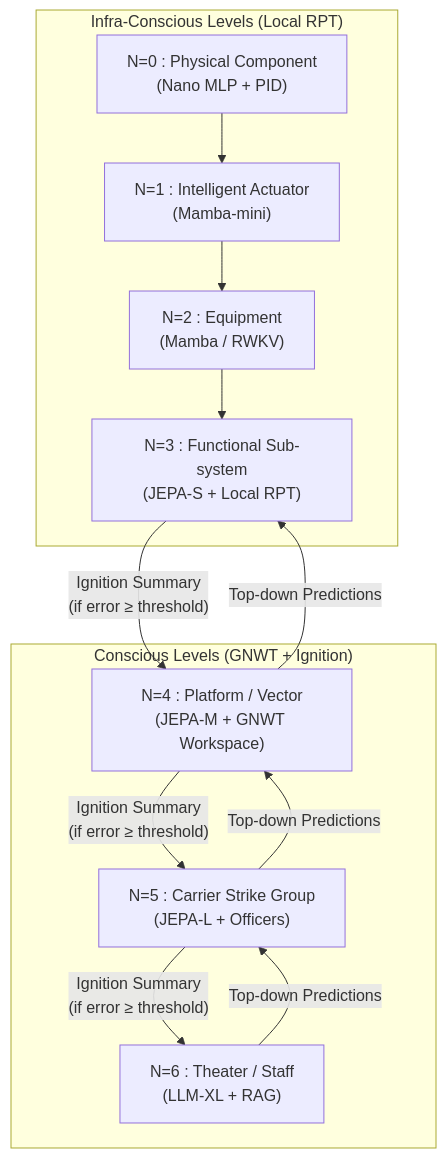
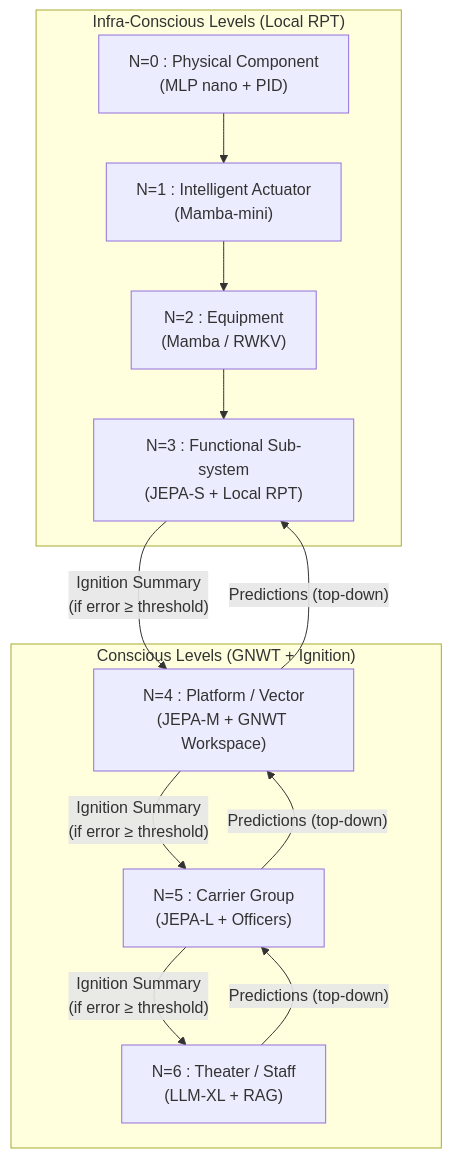
The third of 9 diagrams in architecture/architecture.md (AlainCo/GNWT-Garrigue-X-en), drawn with Mermaid before and after one commit. The commit also changed other lines of this file and 17 other files, not shown here.

````diff
--- a/architecture/architecture.md
+++ b/architecture/architecture.md
@@ -31,24 +31,24 @@
 ```mermaid
 flowchart TD
     subgraph N0to3 ["Infra-Conscious Levels (Local RPT)"]
-        N0["N=0 : Physical Component\n(Nano MLP + PID)"]
+        N0["N=0 : Physical Component\n(MLP nano + PID)"]
         N1["N=1 : Intelligent Actuator\n(Mamba-mini)"]
         N2["N=2 : Equipment\n(Mamba / RWKV)"]
         N3["N=3 : Functional Sub-system\n(JEPA-S + Local RPT)"]
     end
 
     subgraph N4to6 ["Conscious Levels (GNWT + Ignition)"]
         N4["N=4 : Platform / Vector\n(JEPA-M + GNWT Workspace)"]
-        N5["N=5 : Carrier Strike Group\n(JEPA-L + Officers)"]
+        N5["N=5 : Carrier Group\n(JEPA-L + Officers)"]
         N6["N=6 : Theater / Staff\n(LLM-XL + RAG)"]
     end
 
     N0 --> N1 --> N2 --> N3
     N3 -->|"Ignition Summary\n(if error ≥ threshold)"| N4
     N4 -->|"Ignition Summary\n(if error ≥ threshold)"| N5
     N5 -->|"Ignition Summary\n(if error ≥ threshold)"| N6
 
-    N6 -->|"Top-down Predictions"| N5
-    N5 -->|"Top-down Predictions"| N4
-    N4 -->|"Top-down Predictions"| N3
+    N6 -->|"Predictions (top-down)"| N5
+    N5 -->|"Predictions (top-down)"| N4
+    N4 -->|"Predictions (top-down)"| N3
 ```
````
